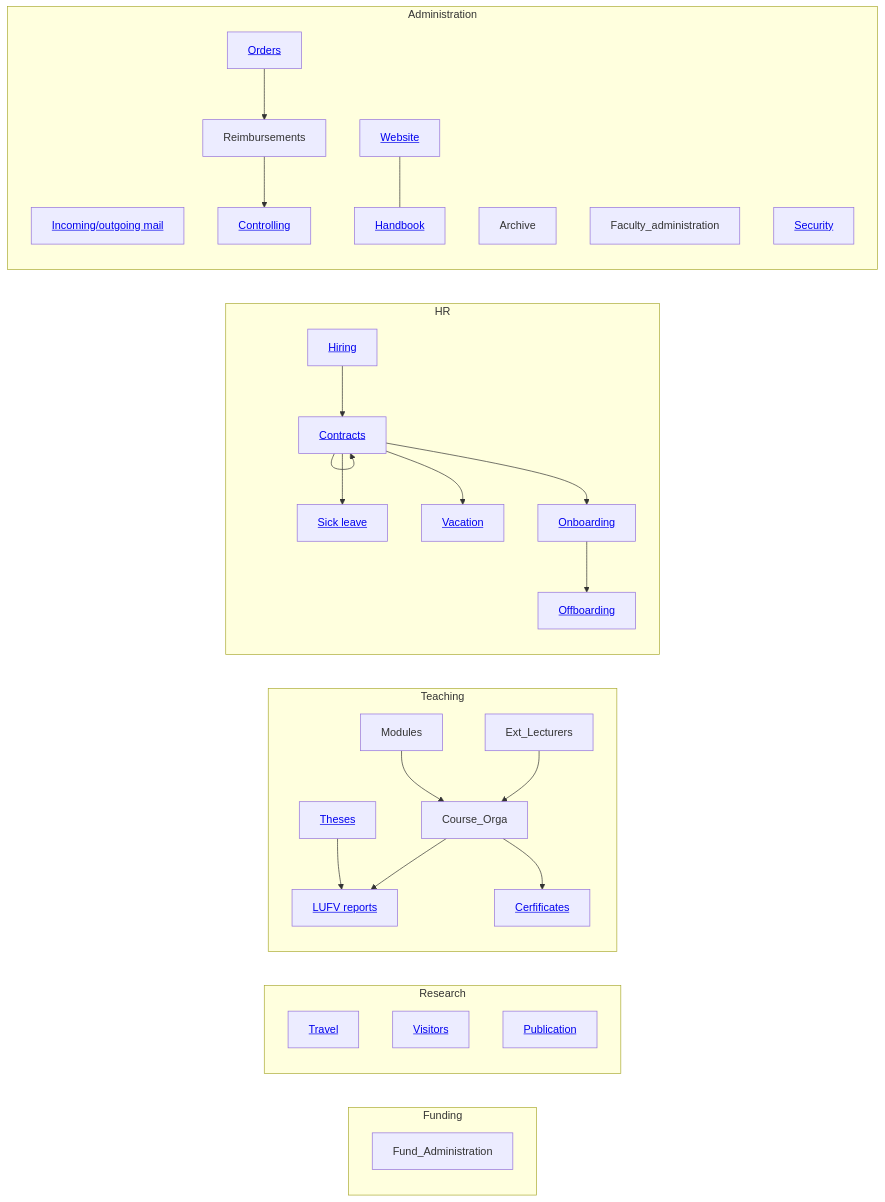
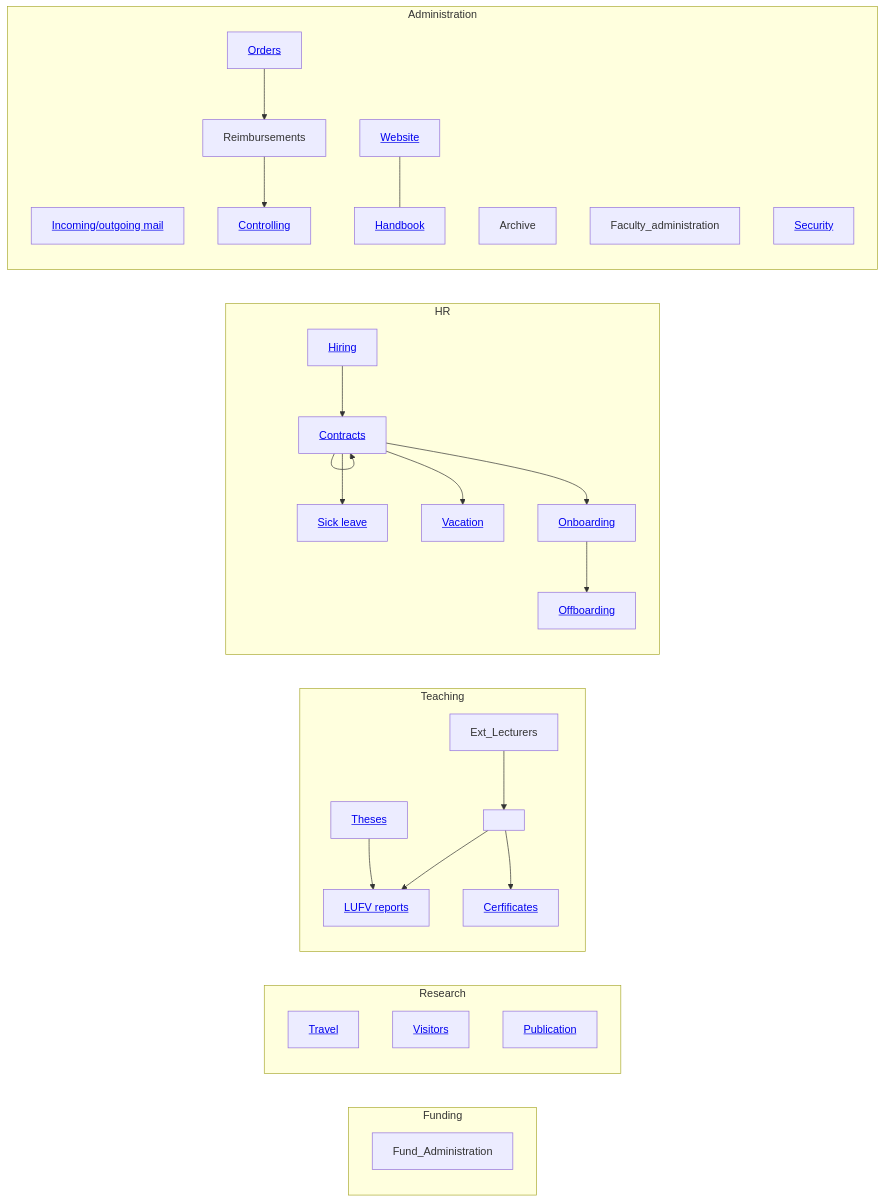
Before and after one commit to digital-work-lab/handbook: the diagram in docs/10-lab/10_processes/10.09.team_assistance.md, drawn with Mermaid.

````diff
--- a/docs/10-lab/10_processes/10.09.team_assistance.md
+++ b/docs/10-lab/10_processes/10.09.team_assistance.md
@@ -13,39 +13,38 @@
 ```mermaid
 flowchart LR
     subgraph Funding
         Fund_Administration
     end
     subgraph Research
         Travel["<a href='10.50.travel.html'>Travel</a>"]
         Visitors["<a href='10.53.visitors.html'>Visitors</a>"]
         Publications["<a href='../../20-research/20_processes/20.33.publication.html'>Publication</a>"]
     end
     subgraph Teaching
-        Ext_Lecturers --> Course_Orga
-        Modules --> Course_Orga
+        Ext_Lecturers --> Course_Orga["<a href='../../30-teaching/30_processes/30.02.courses.html>Course Orga</a>"]
         Course_Orga --> LUFV["<a href='../../30-teaching/30_processes/30.20.reports.html'>LUFV reports</a>"]
         Theses["<a href='../../30-teaching/30_processes/30.40.theses.html'>Theses</a>"] --> LUFV
         LUFV
         Course_Orga --> Certificates["<a href='../../30-teaching/30_processes/30.51.certificates.html'>Cerfificates</a>"]
     end
     subgraph HR
         Hiring["<a href='10.30.hiring.html'>Hiring</a>"] --> Contracts["<a href='10.31.contracts.html'>Contracts</a>"]
         Contracts --> Contracts
         Contracts --> Onboarding["<a href='10.32.onboarding.html'>Onboarding</a>"]
         Contracts --> Sick_leave["<a href='10.35.sick_leave.html'>Sick leave</a>"]
         Contracts --> Vacation["<a href='10.33.vacation.html'>Vacation</a>"]
         Onboarding --> Offoarding["<a href='10.39.offboarding.html'>Offboarding</a>"]
     end
     subgraph Administration
         Mail["<a href='10.51.mail.html'>Incoming/outgoing mail</a>"]
         Archive
         Faculty_administration
         Orders["<a href='10.52.orders.html'>Orders</a>"] --> Reimbursements
         Reimbursements --> Controlling["<a href='10.70.controlling.html'>Controlling</a>"]
         Controlling
         Website["<a href='10.11.website.html'>Website</a>"] --- Handbook["<a href='10.10.handbook.html'>Handbook</a>"]
         Handbook
         Security["<a href='10.72.security.html'>Security</a>"]
     end
 
 ```
````
